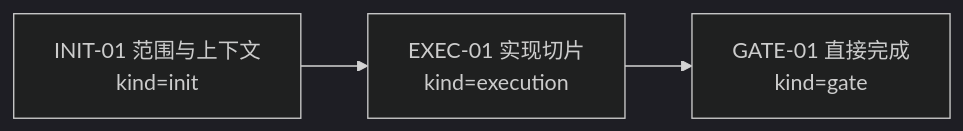
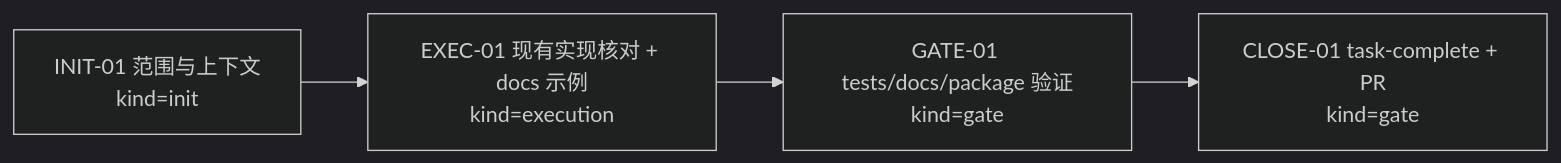
One commit to LnYo-Cly/ai4j changed the first of 2 diagrams in coding-agent-harness/planning/tasks/2026-07-06-rag-cost-calculation-506a5b0b/visual_map.md. Above: the diagram before and after it, drawn with Mermaid (dark theme). The commit also changed other lines of this file and 11 other files, not shown here.

````diff
--- a/coding-agent-harness/planning/tasks/2026-07-06-rag-cost-calculation-506a5b0b/visual_map.md
+++ b/coding-agent-harness/planning/tasks/2026-07-06-rag-cost-calculation-506a5b0b/visual_map.md
@@ -15,5 +13,10 @@
 ```mermaid
 flowchart LR
-  INIT01["INIT-01 范围与上下文\nkind=init"] --> EXEC01["EXEC-01 实现切片\nkind=execution"]
-  EXEC01 --> GATE01["GATE-01 直接完成\nkind=gate"]
+  INIT01["INIT-01 范围与上下文
+kind=init"] --> EXEC01["EXEC-01 现有实现核对 + docs 示例
+kind=execution"]
+  EXEC01 --> GATE01["GATE-01 tests/docs/package 验证
+kind=gate"]
+  GATE01 --> CLOSE01["CLOSE-01 task-complete + PR
+kind=gate"]
 ```
````
